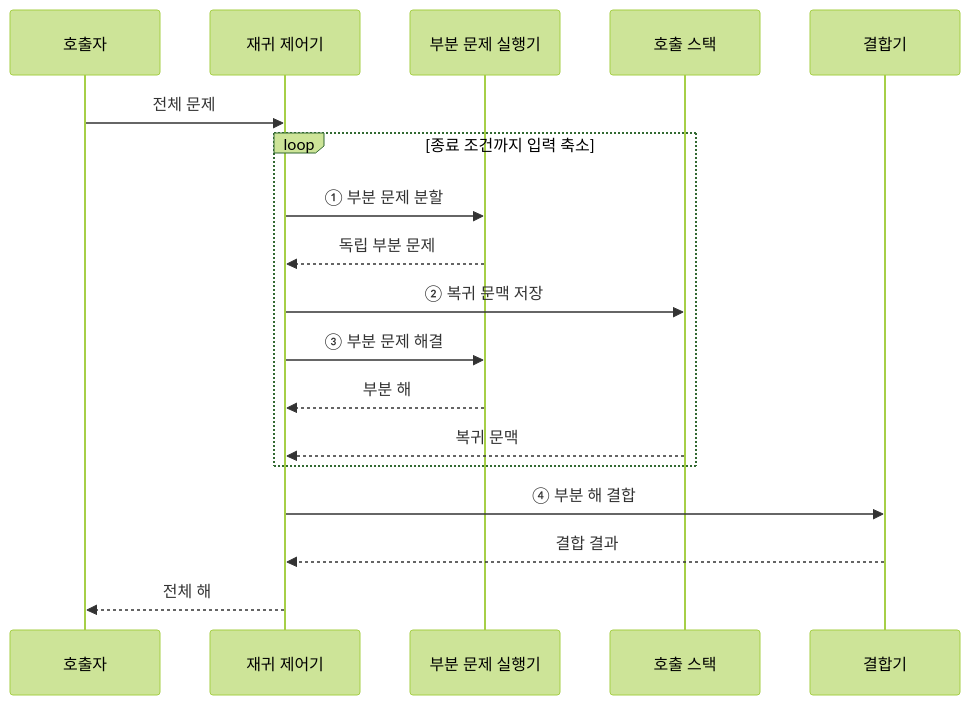
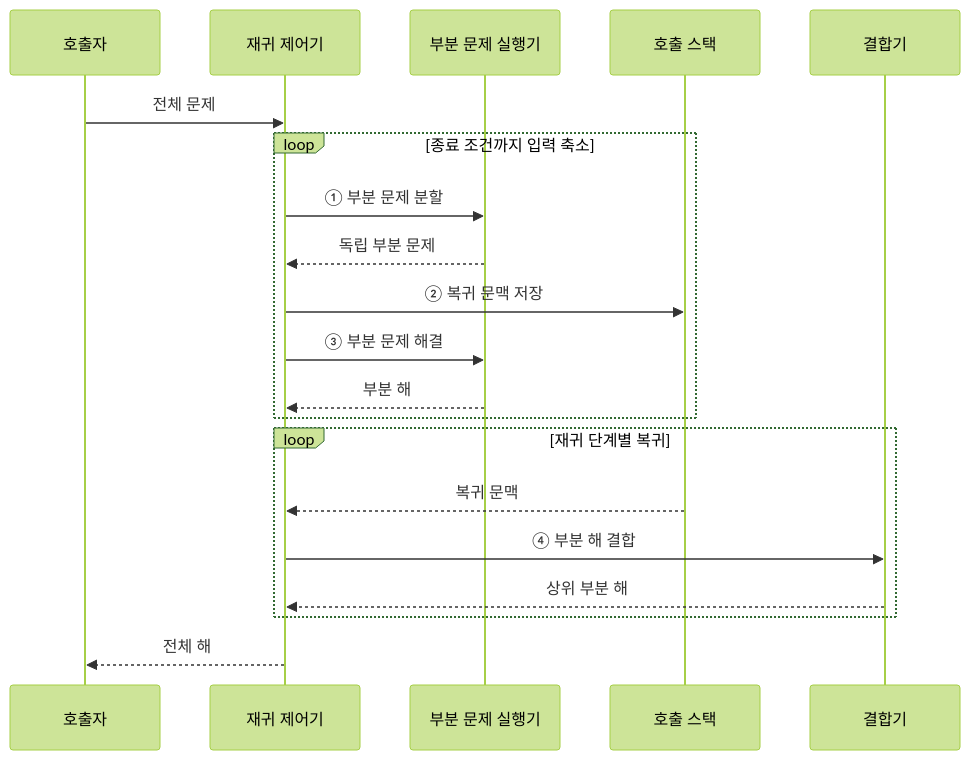
The third of 3 diagrams in src/content/docs/notes/01-basic-theory/014_divide_and_conquer.md (agnusdei1207/knowledge-base), drawn with Mermaid (forest theme) before and after one commit. The commit also changed 16 other files, not shown here.

````diff
--- a/src/content/docs/notes/01-basic-theory/014_divide_and_conquer.md
+++ b/src/content/docs/notes/01-basic-theory/014_divide_and_conquer.md
@@ -95,20 +95,22 @@
 ```mermaid
 sequenceDiagram
     participant Q as 호출자
     participant R as 재귀 제어기
     participant P as 부분 문제 실행기
     participant S as 호출 스택
     participant C as 결합기
     Q->>R: 전체 문제
     loop 종료 조건까지 입력 축소
         R->>P: ① 부분 문제 분할
         P-->>R: 독립 부분 문제
         R->>S: ② 복귀 문맥 저장
         R->>P: ③ 부분 문제 해결
         P-->>R: 부분 해
+    end
+    loop 재귀 단계별 복귀
         S-->>R: 복귀 문맥
+        R->>C: ④ 부분 해 결합
+        C-->>R: 상위 부분 해
     end
-    R->>C: ④ 부분 해 결합
-    C-->>R: 결합 결과
     R-->>Q: 전체 해
 ```
````
